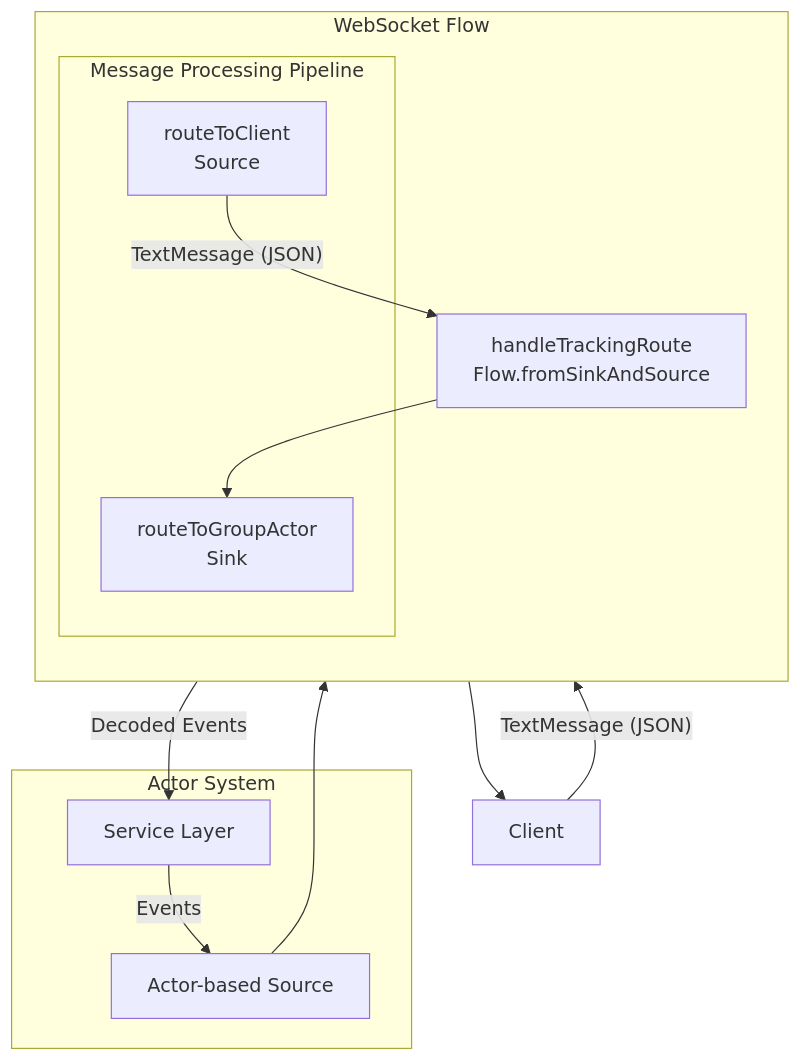
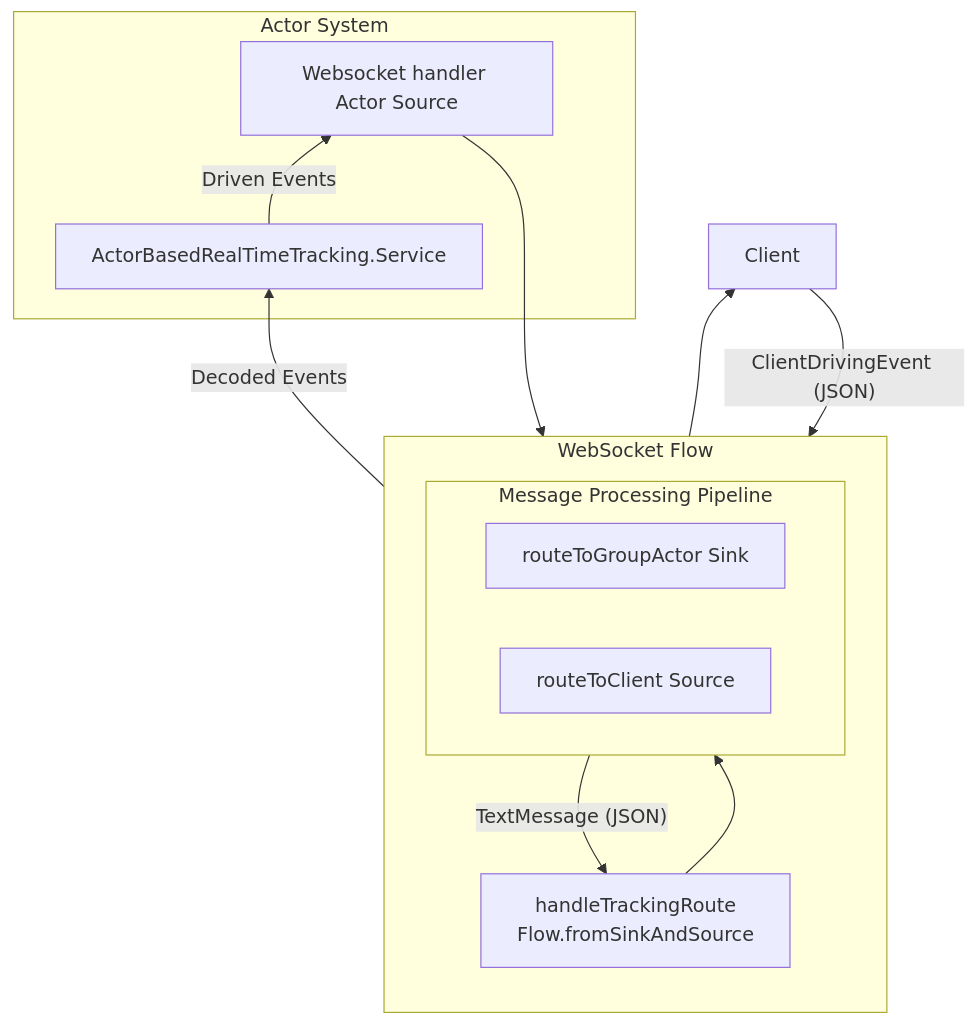
Before and after one commit to position-pal/Documentation: the second of 2 diagrams in content/docs/5-implementation/1-location-service.md, drawn with Mermaid. The commit also changed other lines of this file, not shown here.

````diff
--- a/content/docs/5-implementation/1-location-service.md
+++ b/content/docs/5-implementation/1-location-service.md
@@ -246,27 +246,29 @@
 ```mermaid
-flowchart TB
-    client[Client]
-
-    subgraph "WebSocket Flow"
+flowchart BT
+    client[Client] 
+    
+    subgraph "WebSocket Flow" 
         direction TB
         flow[handleTrackingRoute\nFlow.fromSinkAndSource]
-
+        
         subgraph "Message Processing Pipeline"
-            sink[routeToGroupActor\nSink]
-            source[routeToClient\nSource]
+            direction LR
+            sink[routeToGroupActor Sink]
+            source[routeToClient Source]
         end
     end
-
+    
     subgraph "Actor System"
-        service[Service Layer]
-        actorSource[Actor-based Source]
+        service[ActorBasedRealTimeTracking.Service]
+        actorSource[Websocket handler Actor Source]
     end
-
-    client -->|"TextMessage (JSON)"| flow
+    
+    client -->|"ClientDrivingEvent (JSON)"| flow
     flow --> sink
     sink -->|"Decoded Events"| service
-    service -->|"Events"| actorSource
+    
+    service -->|"Driven Events"| actorSource
     actorSource --> source
     source -->|"TextMessage (JSON)"| flow
     flow --> client
 ```
````
